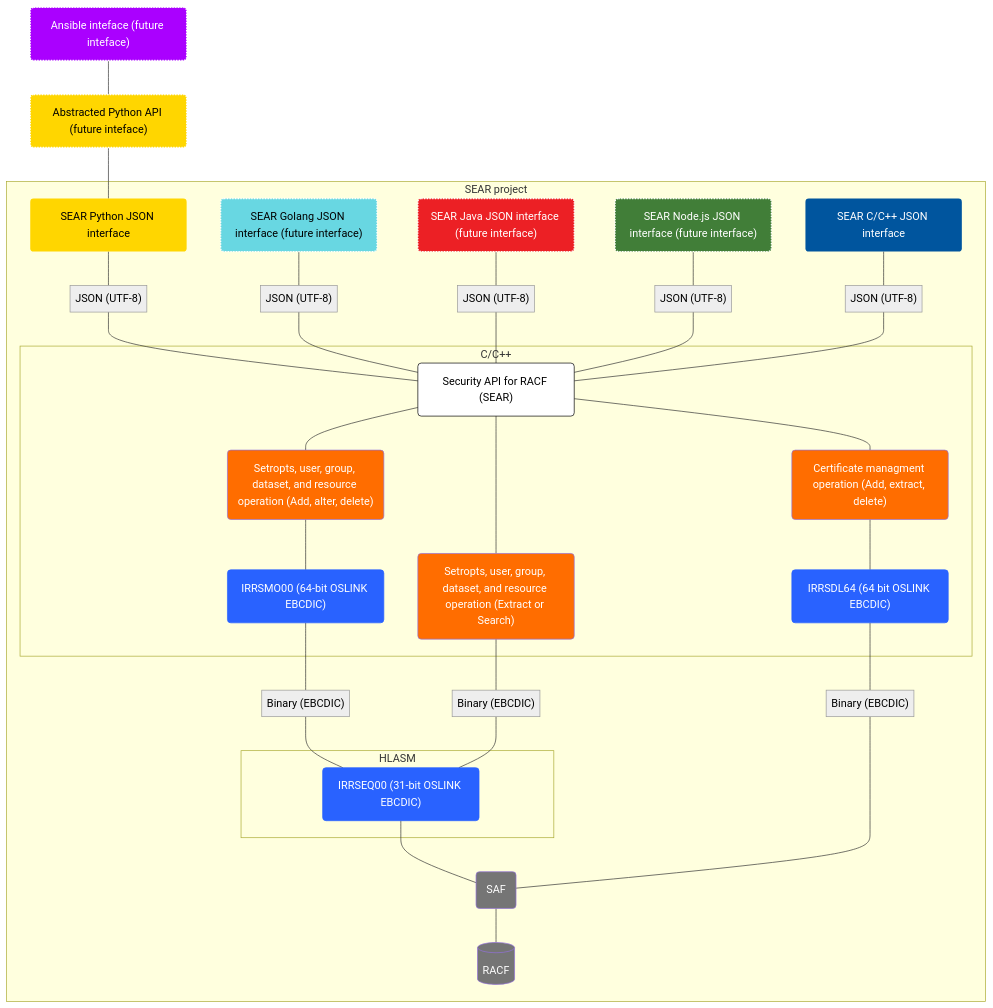
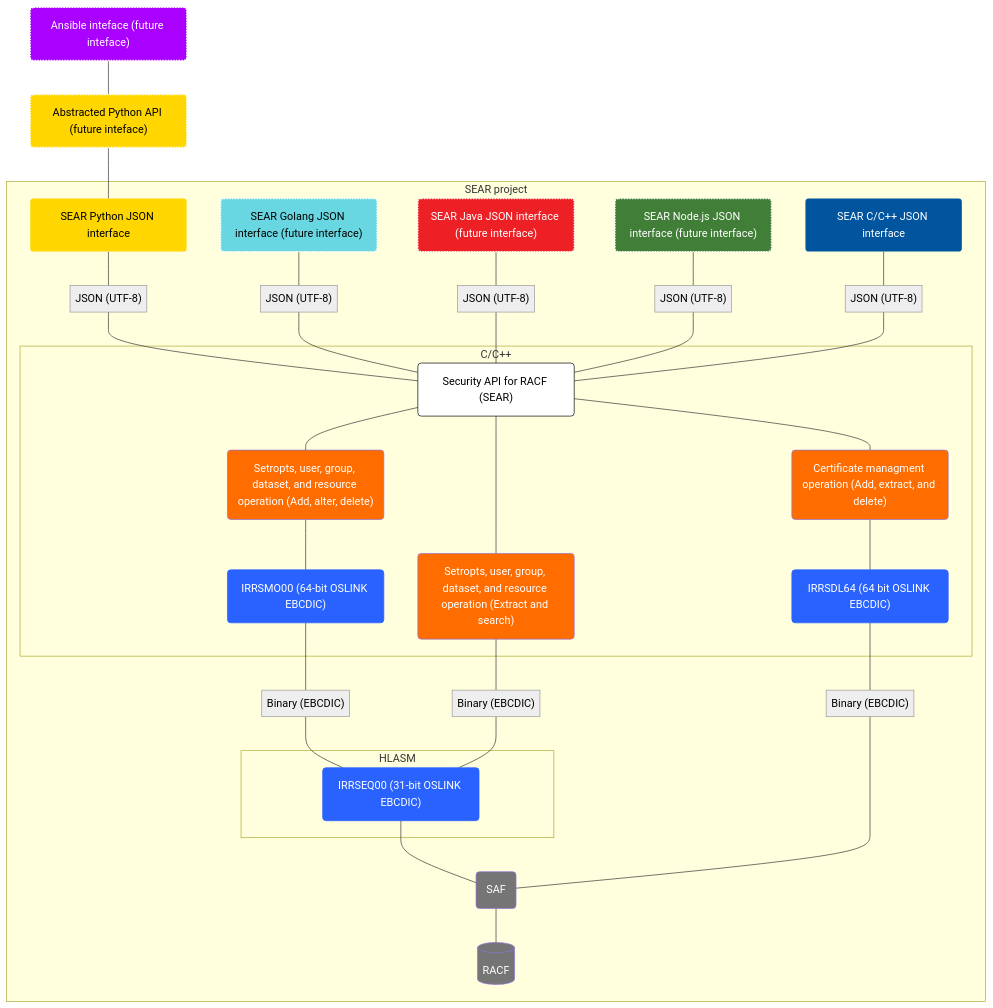
Before and after one commit to Mainframe-Renewal-Project/sear-docs: the diagram in index.md, drawn with Mermaid.

Commit message:
made wording more consistent

```diff
--- a/index.md
+++ b/index.md
@@ -99,8 +99,8 @@
         n2@{ label: "<span style=\"padding-left:\">IRRSMO00 (64-bit OSLINK EBCDIC)</span>" }
         n5["Setropts, user, group, dataset, and resource operation (Add, alter, delete)"]
         n11["IRRSDL64 (64 bit OSLINK EBCDIC)"]
-        n12["Certificate managment operation (Add, extract, delete)"]
-        n7@{ label: "<span style=\"padding-left:\">Setropts, user, group, dataset, and resource operation (Extract or Search)</span>" }
+        n12["Certificate managment operation (Add, extract, and delete)"]
+        n7@{ label: "<span style=\"padding-left:\">Setropts, user, group, dataset, and resource operation (Extract and search)</span>" }
   end
  subgraph s2["HLASM"]
         n4["IRRSEQ00 (31-bit OSLINK EBCDIC)"]
```
